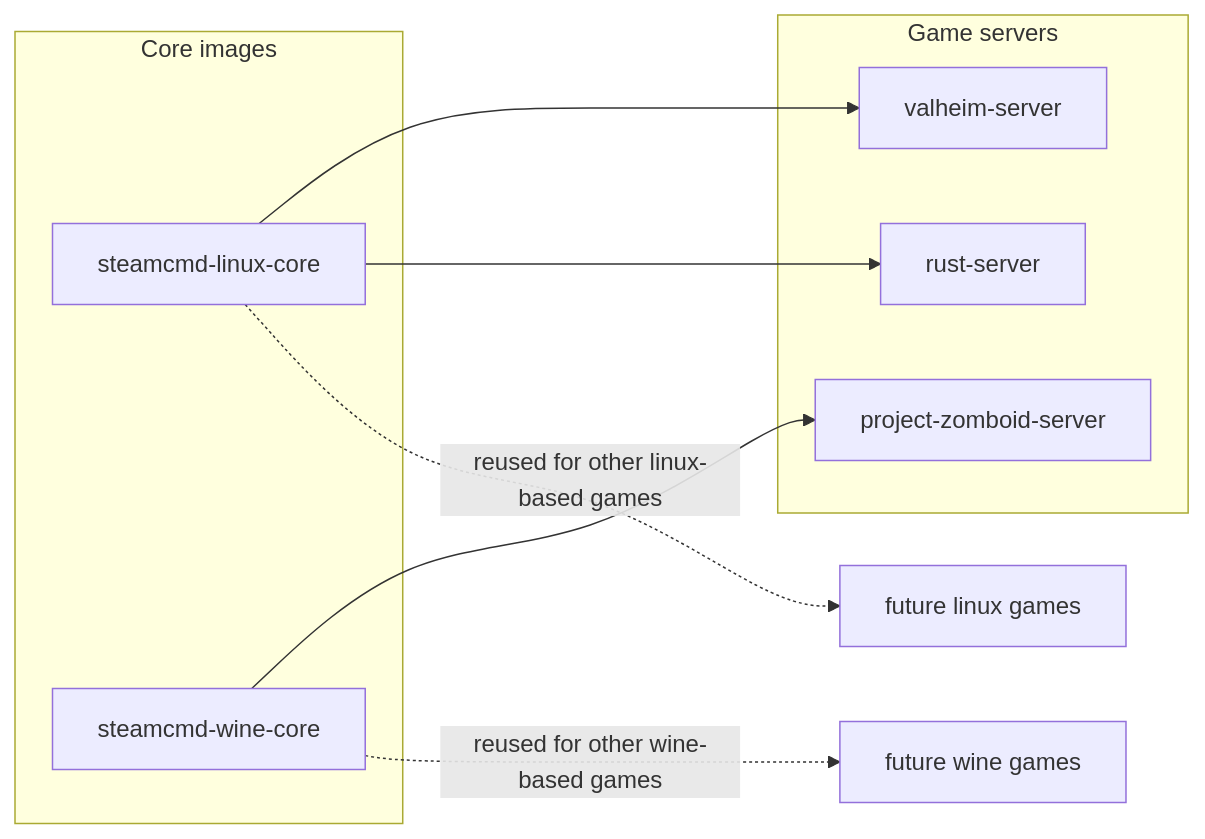
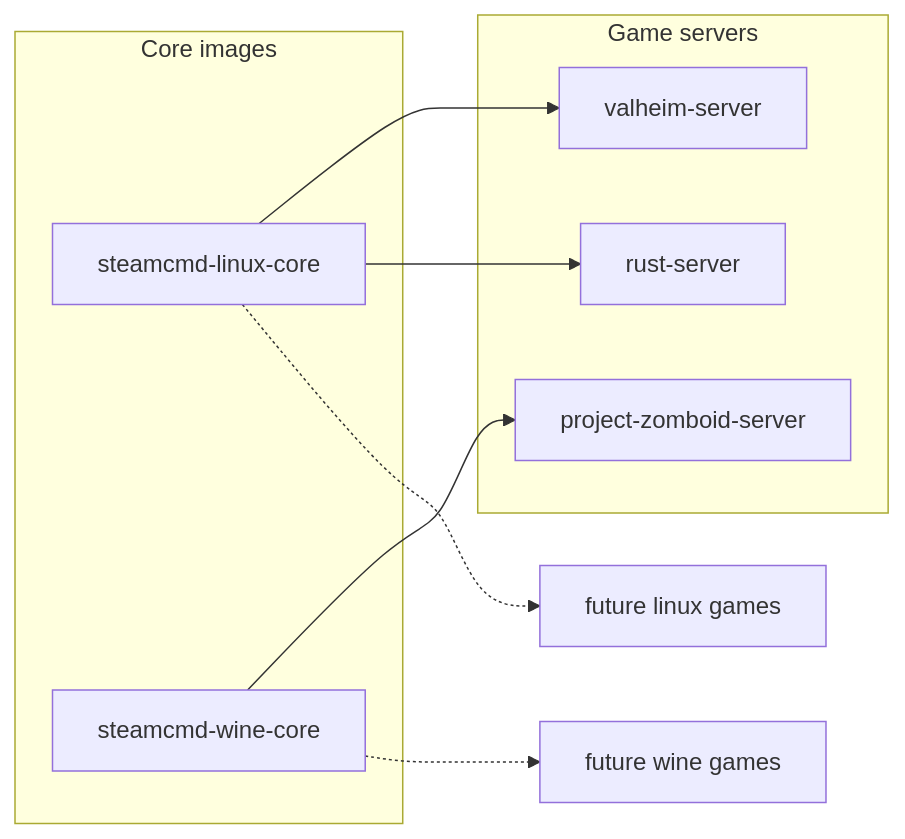
Before and after one commit to Monolithoid/steamcmd-servers: the diagram in README.md, drawn with Mermaid.

````diff
--- a/README.md
+++ b/README.md
@@ -24,20 +24,20 @@
 ```mermaid
 flowchart LR
     subgraph Core images
         linux_core[steamcmd-linux-core]
         wine_core[steamcmd-wine-core]
     end
 
     subgraph Game servers
         valheim[valheim-server]
         pz[project-zomboid-server]
         rust[rust-server]
     end
 
     linux_core --> valheim
     linux_core --> rust
     wine_core --> pz
 
-    linux_core -. reused for other linux-based games .-> future_linux[future linux games]
-    wine_core -. reused for other wine-based games .-> future_wine[future wine games]
+    linux_core .-> future_linux[future linux games]
+    wine_core .-> future_wine[future wine games]
 ```
````
